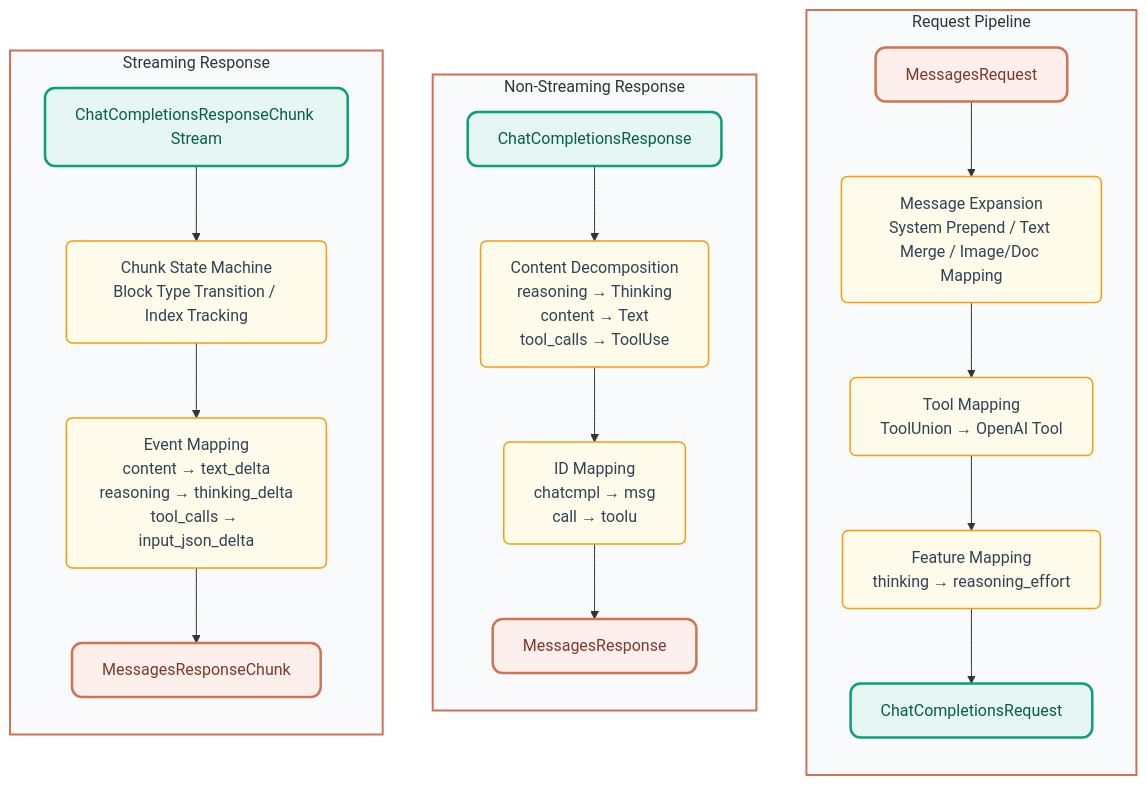
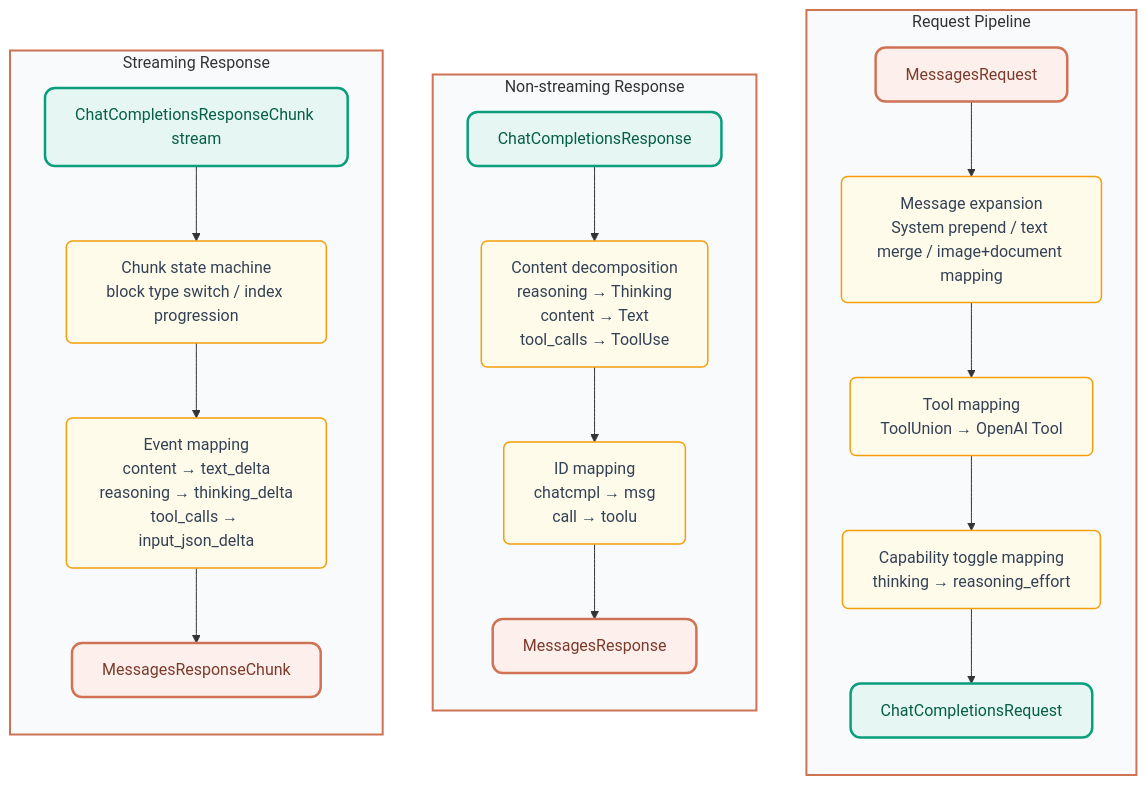
Before and after one commit to parasshah10/d2a: the third of 3 diagrams in README.en.md, drawn with Mermaid. The commit also changed other lines of this file and 26 other files, not shown here.

````diff
--- a/README.en.md
+++ b/README.en.md
@@ -399,41 +280,40 @@
 ```mermaid
 flowchart TB
-    %% ===== Styles =====
+    %% ===== Theme =====
     classDef oai fill:#e6f7f3,stroke:#0a9e7b,stroke-width:2.5px,color:#065f46,rx:10,ry:10
     classDef anth fill:#fdf0ec,stroke:#d07354,stroke-width:2.5px,color:#7c3a2a,rx:10,ry:10
     classDef step fill:#fffbeb,stroke:#f59e0b,stroke-width:1.5px,color:#334155,rx:6,ry:6
-    classDef output fill:#fff7ed,stroke:#f97316,stroke-width:2.5px,color:#c2410c,rx:10,ry:10
 
     subgraph RQ ["Request Pipeline"]
         direction TB
         Q1["MessagesRequest"]:::anth
-        Q2["Message Expansion<br/>System Prepend / Text Merge / Image/Doc Mapping"]:::step
-        Q3["Tool Mapping<br/>ToolUnion → OpenAI Tool"]:::step
-        Q4["Feature Mapping<br/>thinking → reasoning_effort"]:::step
+        Q2["Message expansion<br/>System prepend / text merge / image+document mapping"]:::step
+        Q3["Tool mapping<br/>ToolUnion → OpenAI Tool"]:::step
+        Q4["Capability toggle mapping<br/>thinking → reasoning_effort"]:::step
         Q5["ChatCompletionsRequest"]:::oai
     end
 
-    subgraph RS3 ["Non-Streaming Response"]
+    subgraph RS3 ["Non-streaming Response"]
         direction TB
         AR1["ChatCompletionsResponse"]:::oai
-        AR2["Content Decomposition<br/>reasoning → Thinking<br/>content → Text<br/>tool_calls → ToolUse"]:::step
-        AR3["ID Mapping<br/>chatcmpl → msg<br/>call → toolu"]:::step
+        AR2["Content decomposition<br/>reasoning → Thinking<br/>content → Text<br/>tool_calls → ToolUse"]:::step
+        AR3["ID mapping<br/>chatcmpl → msg<br/>call → toolu"]:::step
         AR4["MessagesResponse"]:::anth
     end
 
     subgraph RS4 ["Streaming Response"]
         direction TB
-        AS1["ChatCompletionsResponseChunk Stream"]:::oai
-        AS2["Chunk State Machine<br/>Block Type Transition / Index Tracking"]:::step
-        AS3["Event Mapping<br/>content → text_delta<br/>reasoning → thinking_delta<br/>tool_calls → input_json_delta"]:::step
+        AS1["ChatCompletionsResponseChunk stream"]:::oai
+        AS2["Chunk state machine<br/>block type switch / index progression"]:::step
+        AS3["Event mapping<br/>content → text_delta<br/>reasoning → thinking_delta<br/>tool_calls → input_json_delta"]:::step
         AS4["MessagesResponseChunk"]:::anth
     end
 
     Q1 --> Q2 --> Q3 --> Q4 --> Q5
     AR1 --> AR2 --> AR3 --> AR4
     AS1 --> AS2 --> AS3 --> AS4
 
     style RQ fill:#f8fafc,stroke:#d07354,stroke-width:2px
     style RS3 fill:#f8fafc,stroke:#d07354,stroke-width:2px
     style RS4 fill:#f8fafc,stroke:#d07354,stroke-width:2px
 ```
````
